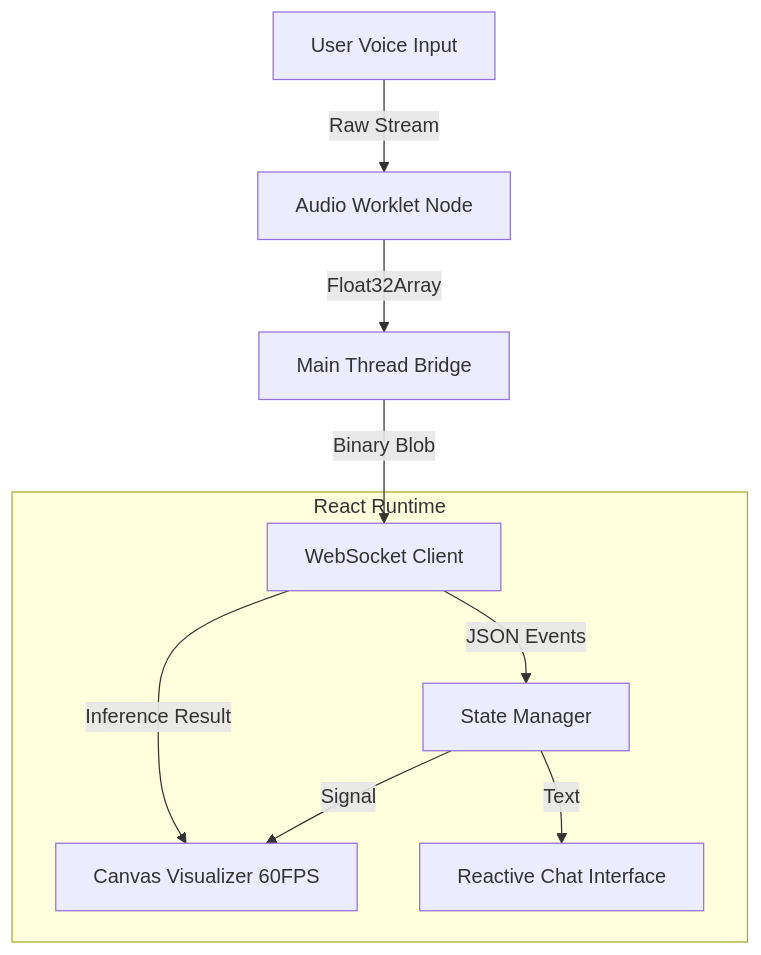
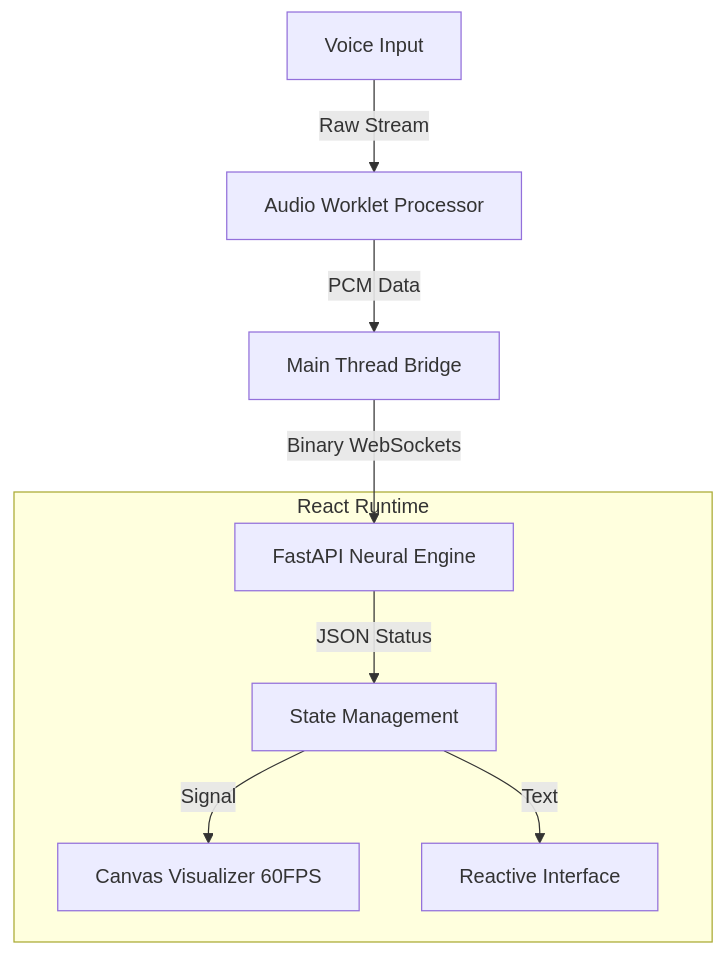
Before and after one commit to ibesuperv/VoxSentinel: the diagram in taalk-buddy/README.md, drawn with Mermaid. The commit also changed other lines of this file, not shown here.

````diff
--- a/taalk-buddy/README.md
+++ b/taalk-buddy/README.md
@@ -20,14 +11,12 @@
 ```mermaid
 graph TD
-    User[User Voice Input] -->|Raw Stream| AudioWorklet[Audio Worklet Node]
-    AudioWorklet -->|Float32Array| MainThread[Main Thread Bridge]
-    MainThread -->|Binary Blob| WebSocket[WebSocket Client]
+    User[Voice Input] -->|Raw Stream| AudioWorklet[Audio Worklet Processor]
+    AudioWorklet -->|PCM Data| MainThread[Main Thread Bridge]
+    MainThread -->|Binary WebSockets| Backend[FastAPI Neural Engine]
     
     subgraph "React Runtime"
-        WebSocket -->|JSON Events| StateManager[State Manager]
-        StateManager -->|Signal| Visualizer[Canvas Visualizer 60FPS]
-        StateManager -->|Text| ChatUI[Reactive Chat Interface]
+        Backend -->|JSON Status| StateManager[State Management]
+        StateManager -->|Signal| Canvas[Canvas Visualizer 60FPS]
+        StateManager -->|Text| ChatUI[Reactive Interface]
     end
-    
-    WebSocket -->|Inference Result| Visualizer
 ```
````
